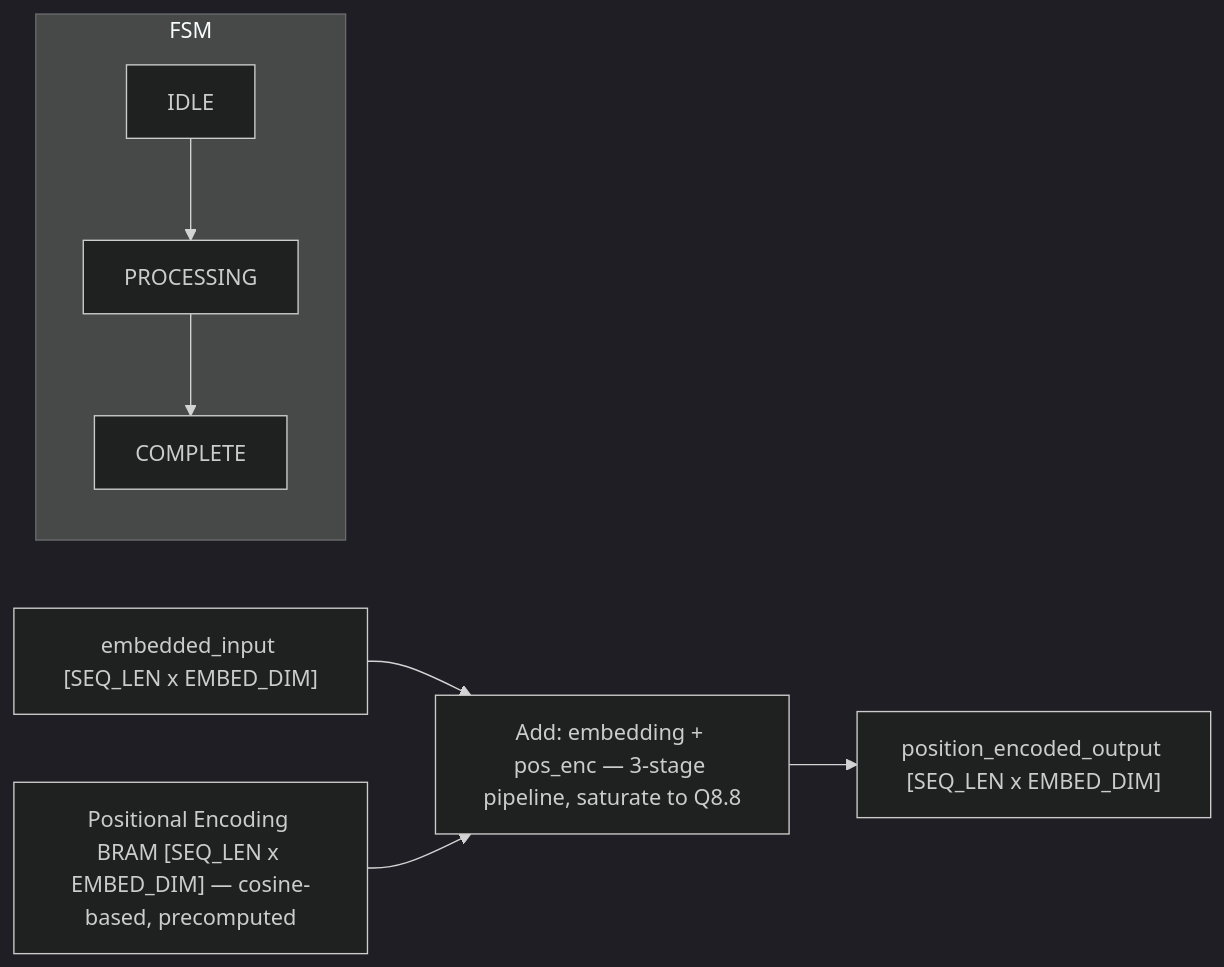
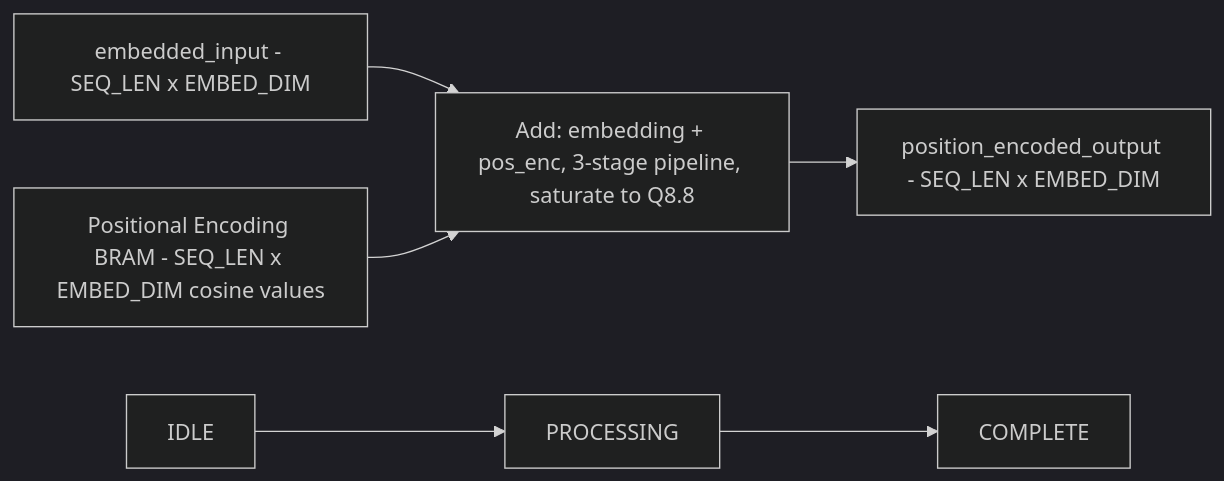
One commit to Fluxx7/FPGA-Transformer-Acceleration changed the third of 7 diagrams in report/05b_hardware_validation.md. Above: the diagram before and after it, drawn with Mermaid (dark theme). The commit also changed other lines of this file, not shown here.

First line of the commit message:
Simplify Mermaid diagrams for VS Code preview compatibility

````diff
--- a/report/05b_hardware_validation.md
+++ b/report/05b_hardware_validation.md
@@ -99,15 +100,13 @@
 ```mermaid
 graph LR
-    IN["embedded_input [SEQ_LEN x EMBED_DIM]"]
-    POS["Positional Encoding BRAM [SEQ_LEN x EMBED_DIM] — cosine-based, precomputed"]
-    ADD["Add: embedding + pos_enc — 3-stage pipeline, saturate to Q8.8"]
-    OUT["position_encoded_output [SEQ_LEN x EMBED_DIM]"]
+    IN["embedded_input - SEQ_LEN x EMBED_DIM"]
+    POS["Positional Encoding BRAM - SEQ_LEN x EMBED_DIM cosine values"]
+    ADD["Add: embedding + pos_enc, 3-stage pipeline, saturate to Q8.8"]
+    OUT["position_encoded_output - SEQ_LEN x EMBED_DIM"]
 
-    subgraph FSM["FSM"]
-        f0[IDLE] --> f1[PROCESSING] --> f2[COMPLETE]
-    end
+    s0[IDLE] --> s1[PROCESSING] --> s2[COMPLETE]
 
     IN --> ADD
     POS --> ADD
     ADD --> OUT
 ```
````
